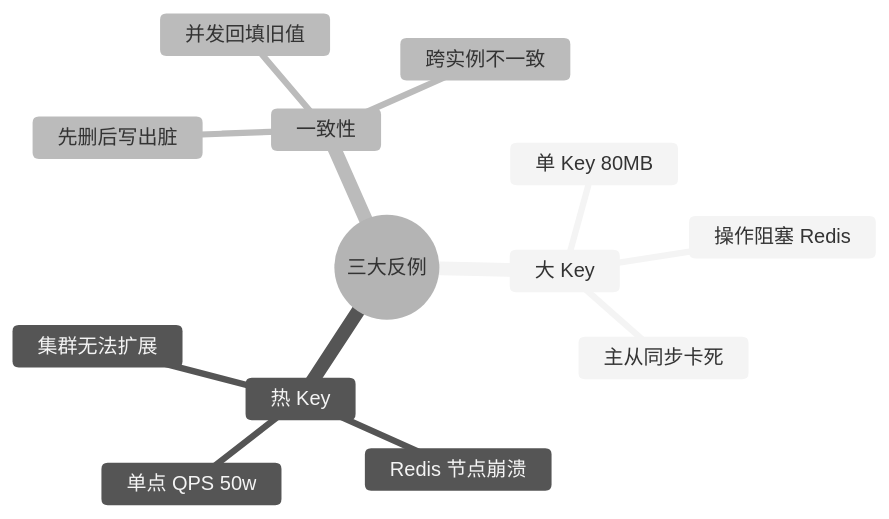
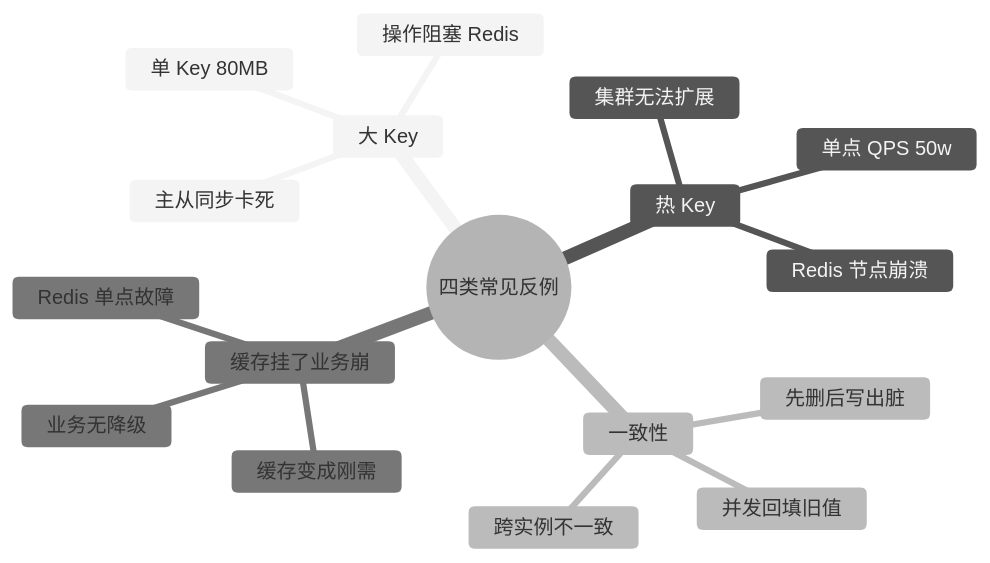
One commit to chongyang211/YCBookBlog changed diagram 14 of 18 in docs/10.真经/05.方案设计思想/04.缓存架构设计思想.md. Above: the diagram before and after it, drawn with Mermaid (neutral theme). The commit also changed other lines of this file and 36 other files, not shown here.

````diff
--- a/docs/10.真经/05.方案设计思想/04.缓存架构设计思想.md
+++ b/docs/10.真经/05.方案设计思想/04.缓存架构设计思想.md
@@ -594,16 +1047,20 @@
 ```mermaid
 mindmap
-  root((三大反例))
+  root((四类常见反例))
     大 Key
       单 Key 80MB
       操作阻塞 Redis
       主从同步卡死
     热 Key
       单点 QPS 50w
       Redis 节点崩溃
       集群无法扩展
     一致性
       先删后写出脏
       并发回填旧值
       跨实例不一致
+    缓存挂了业务崩
+      Redis 单点故障
+      业务无降级
+      缓存变成刚需
 ```
````
